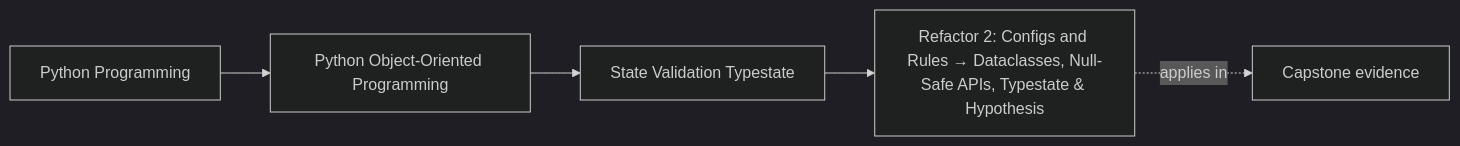
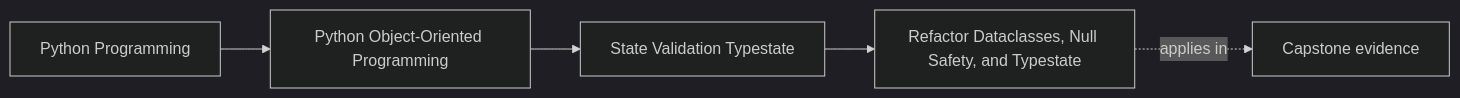
One commit to bijux/bijux-masterclass changed the first of 2 diagrams in programs/python-programming/python-object-oriented-programming/course-book/module-03-state-validation-typestate/refactor-dataclasses-null-safety-and-typestate.md. Above: the diagram before and after it, drawn with Mermaid (dark theme). The commit also changed other lines of this file, not shown here.

````diff
--- a/programs/python-programming/python-object-oriented-programming/course-book/module-03-state-validation-typestate/refactor-dataclasses-null-safety-and-typestate.md
+++ b/programs/python-programming/python-object-oriented-programming/course-book/module-03-state-validation-typestate/refactor-dataclasses-null-safety-and-typestate.md
@@ -7,11 +6,11 @@
 ```mermaid
 graph LR
   family["Python Programming"]
   program["Python Object-Oriented Programming"]
   section["State Validation Typestate"]
-  page["Refactor 2: Configs and Rules → Dataclasses, Null-Safe APIs, Typestate & Hypothesis"]
+  page["Refactor Dataclasses, Null Safety, and Typestate"]
   capstone["Capstone evidence"]
 
   family --> program --> section --> page
   page -.applies in.-> capstone
 ```
````
